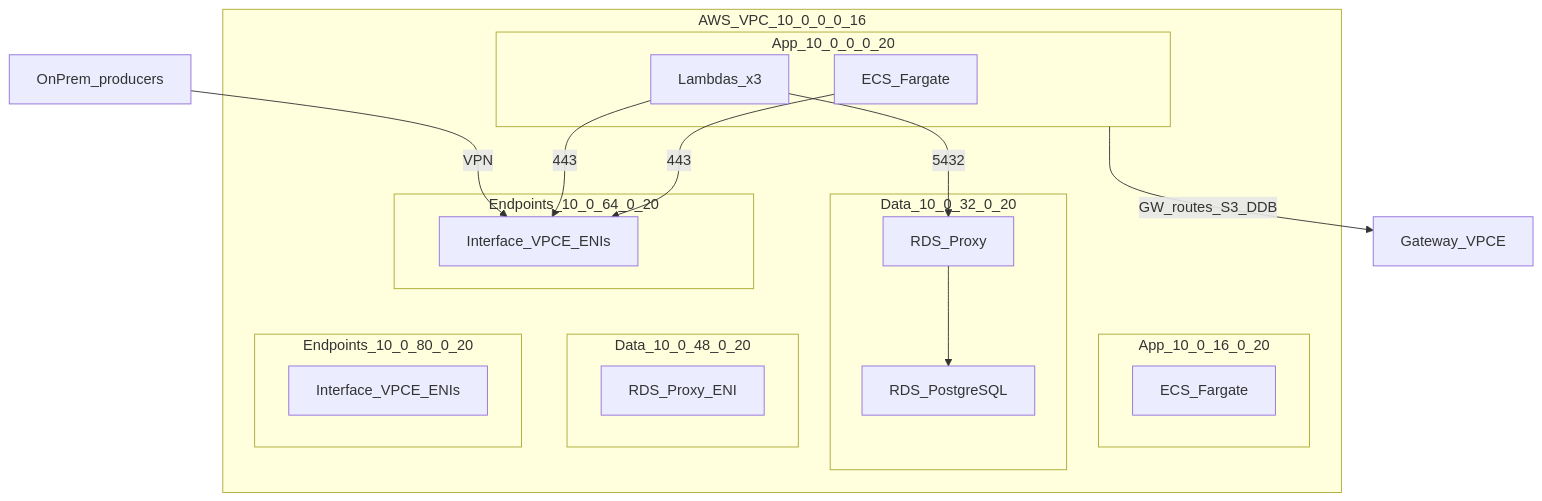
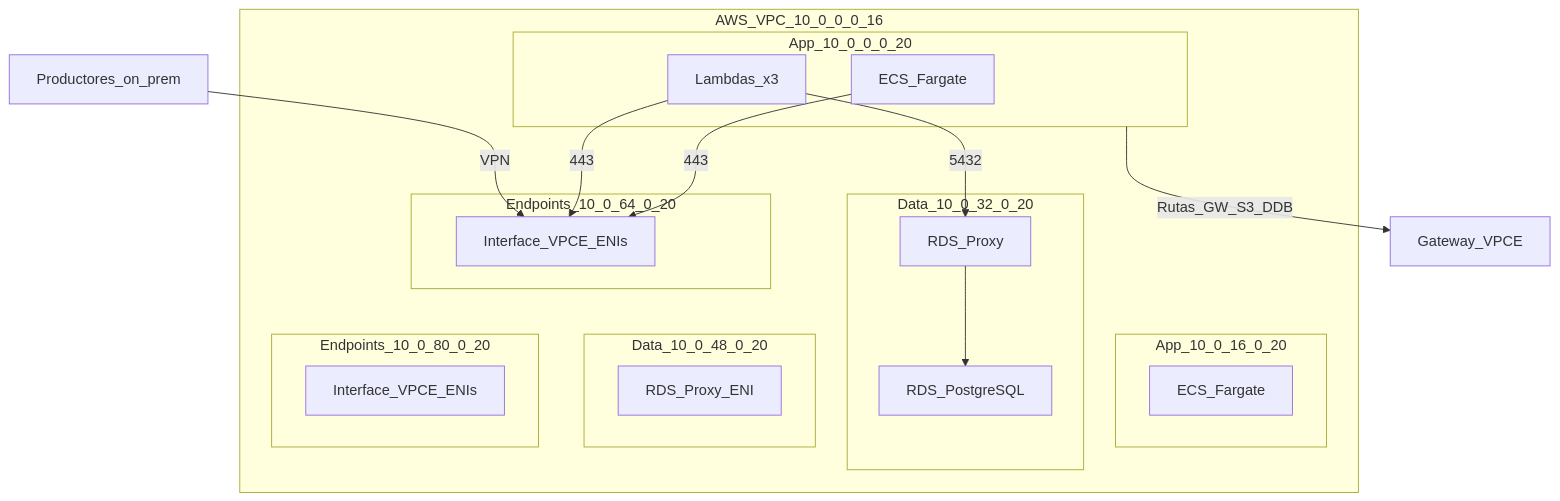
The diagram in ARCHITECTURE.md (FSendot/2026Q1-G1), drawn with Mermaid before and after one commit. The commit also changed other lines of this file, not shown here.

````diff
--- a/ARCHITECTURE.md
+++ b/ARCHITECTURE.md
@@ -45,31 +49,31 @@
 ```mermaid
 flowchart TB
   subgraph vpc [AWS_VPC_10_0_0_0_16]
     subgraph appAzA [App_10_0_0_0_20]
       ECS[ECS_Fargate]
       LAM[Lambdas_x3]
     end
     subgraph appAzB [App_10_0_16_0_20]
       ECS2[ECS_Fargate]
     end
     subgraph dataAzA [Data_10_0_32_0_20]
       RDS[RDS_PostgreSQL]
       PROXY[RDS_Proxy]
     end
     subgraph dataAzB [Data_10_0_48_0_20]
       PROXY2[RDS_Proxy_ENI]
     end
     subgraph epAzA [Endpoints_10_0_64_0_20]
       VPCE[Interface_VPCE_ENIs]
     end
     subgraph epAzB [Endpoints_10_0_80_0_20]
       VPCE2[Interface_VPCE_ENIs]
     end
   end
-  OnPrem[OnPrem_producers] -->|VPN| VPCE
+  OnPrem[Productores_on_prem] -->|VPN| VPCE
   LAM -->|443| VPCE
   ECS -->|443| VPCE
   LAM -->|5432| PROXY
   PROXY --> RDS
-  appAzA -->|GW_routes_S3_DDB| S3DDB[Gateway_VPCE]
+  appAzA -->|Rutas_GW_S3_DDB| S3DDB[Gateway_VPCE]
 ```
````
